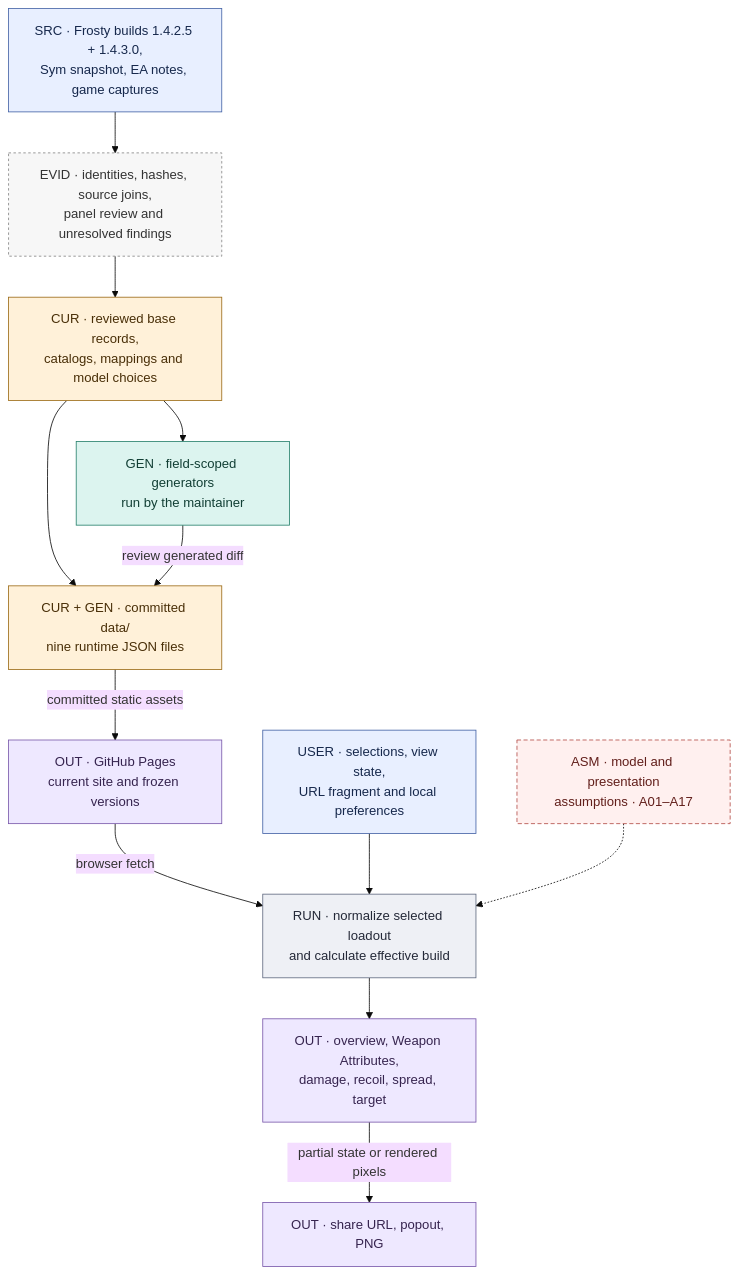
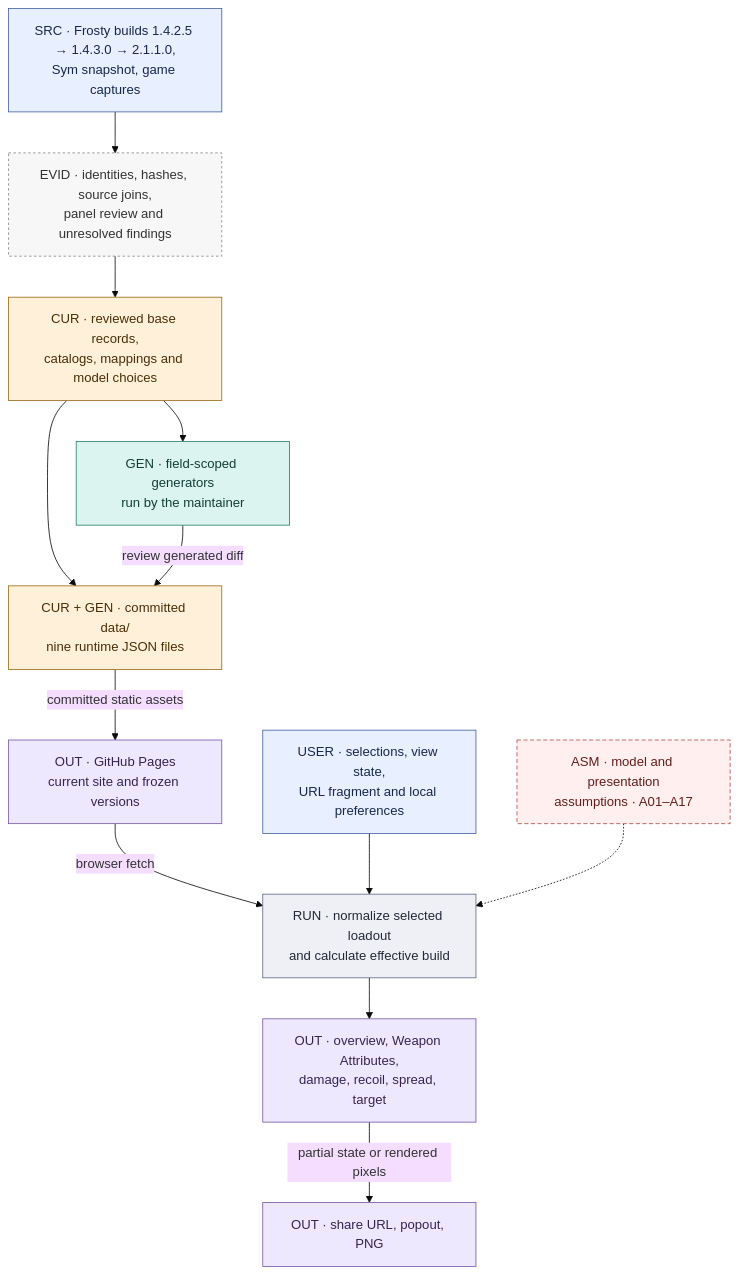
One commit to raymdl/BF6-Weapon-Analyzer changed the diagram in docs/data-flow/README.md. Above: the diagram before and after it, drawn with Mermaid (base theme). The commit also changed other lines of this file and 7 other files, not shown here.

First line of the commit message:
Data-flow atlas re-checked against af612b3: 2.1.1.0 source chain, Season 5 counts, current UI

````diff
--- a/docs/data-flow/README.md
+++ b/docs/data-flow/README.md
@@ -66,31 +72,31 @@
 ```mermaid
 flowchart TB
-    S["SRC · Frosty builds 1.4.2.5 + 1.4.3.0,<br/>Sym snapshot, EA notes, game captures"]:::src
+    S["SRC · Frosty builds 1.4.2.5 → 1.4.3.0 → 2.1.1.0,<br/>Sym snapshot, game captures"]:::src
     E["EVID · identities, hashes, source joins,<br/>panel review and unresolved findings"]:::ev
     C["CUR · reviewed base records,<br/>catalogs, mappings and model choices"]:::cur
     G["GEN · field-scoped generators<br/>run by the maintainer"]:::gen
     D["CUR + GEN · committed data/<br/>nine runtime JSON files"]:::cur
     M["ASM · model and presentation<br/>assumptions · A01–A17"]:::asm
     R["RUN · normalize selected loadout<br/>and calculate effective build"]:::run
     V["OUT · overview, Weapon Attributes,<br/>damage, recoil, spread, target"]:::out
     P["OUT · GitHub Pages<br/>current site and frozen versions"]:::out
     U["USER · selections, view state,<br/>URL fragment and local preferences"]:::src
     S --> E
     E --> C
     C --> G
     C --> D
     G -->|review generated diff| D
     D -->|committed static assets| P
     P -->|browser fetch| R
     U --> R
     M -.-> R
     R --> V
     V -->|partial state or rendered pixels| X["OUT · share URL, popout, PNG"]:::out
     classDef src fill:#e8efff,stroke:#4463a6,color:#16284c
     classDef cur fill:#fff1d9,stroke:#9c6b17,color:#492f08
     classDef gen fill:#dcf4ef,stroke:#27806c,color:#123f35
     classDef run fill:#eef0f5,stroke:#616a80,color:#242938
     classDef asm fill:#fff0ef,stroke:#b34c46,color:#621f1b,stroke-dasharray:5 3
     classDef out fill:#eee8ff,stroke:#7958aa,color:#36244f
     classDef ev fill:#f7f7f7,stroke:#858585,color:#333333,stroke-dasharray:3 3
 ```
````
